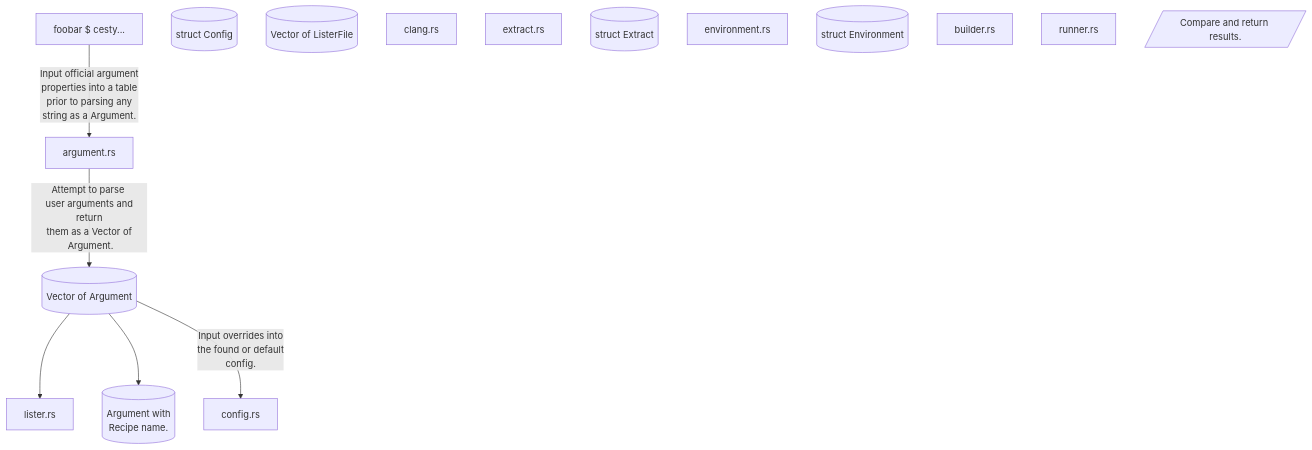
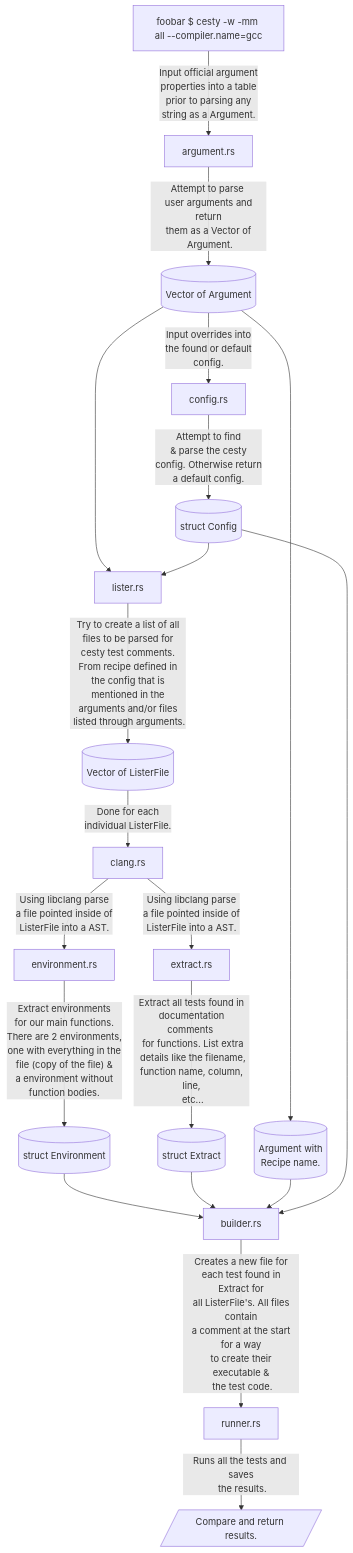
The third of 3 diagrams in ideas/thoughts.md (josko3567/cesty), drawn with Mermaid before and after one commit.

Commit message:
thoughts.md fix for github, also doesn't like @ and - symbol without ""

````diff
--- a/ideas/thoughts.md
+++ b/ideas/thoughts.md
@@ -384,40 +384,46 @@
 ```mermaid
 flowchart TB;
-    start_user_input[foobar $ cesty...]
+    start_user_input["foobar $ cesty -w -mm all --compiler.name=gcc"]
 
     argument_parser[argument.rs]
     argument_database[(Vector of Argument)]
     recipe[(Argument with \n Recipe name.)]
 
     config_parser[config.rs]
     config_database[(struct Config)]
 
     lister[lister.rs]
     file_database[(Vector of ListerFile)]
 
     clang[clang.rs]
 
     extract[extract.rs]
     extract_database[(struct Extract)]
 
     environment[environment.rs]
     environment_database[(struct Environment)]
 
     builder[builder.rs]
 
     runner[runner.rs]
 
     finish[/Compare and return results./]
 
     start_user_input-->|Input official argument\n properties into a table\n prior to parsing any\n string as a Argument.|argument_parser
 
     argument_parser-->|Attempt to parse \n user arguments and return\n them as a Vector of \n Argument.|argument_database-->lister & recipe
     
     argument_database-->|Input overrides into\n the found or default\n config.|config_parser
 
+    config_parser-->|Attempt to find\n & parse the cesty\n config. Otherwise return \n a default config.|config_database-->lister
 
+    lister-->|Try to create a list of all\n files to be parsed for cesty test comments.\n From recipe defined in the config that is\n mentioned in the arguments and/or files\n listed through arguments.|file_database-->|Done for each\n individual ListerFile.|clang-->|Using libclang parse\n a file pointed inside of\n ListerFile into a AST.|extract & environment
 
+    extract-->|Extract all tests found in\n documentation comments \n for functions. List extra\n details like the filename,\n function name, column, line,\n etc...|extract_database
 
+    environment-->|"Extract environments\n for our main functions.\n There are 2 environments,\n one with everything in the\n file (copy of the file) &\n a environment without\n function bodies."|environment_database
+
+    environment_database & extract_database & recipe & config_database-->builder-->|Creates a new file for\n each test found in Extract for\n all ListerFile's. All files contain\n a comment at the start for a way\n to create their executable &\n the test code.|runner-->|Runs all the tests and saves\n the results.|finish
 
 
 ```
````
